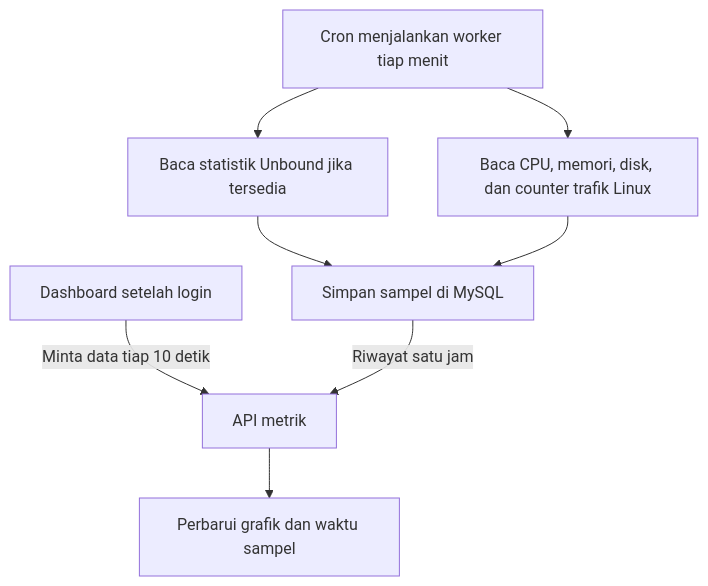
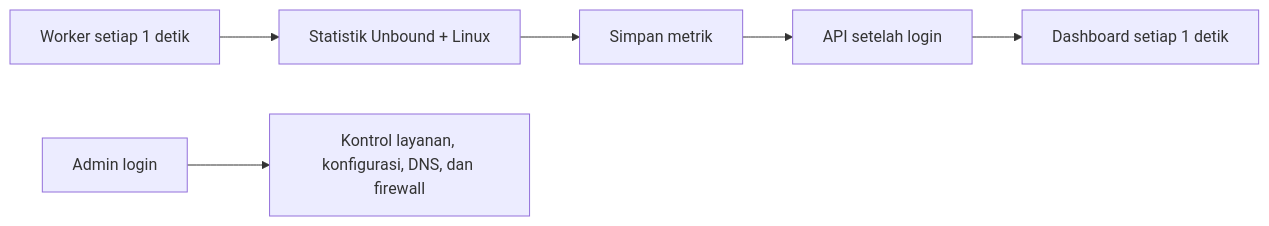
One commit to ekiguistian/Interaktif_Install-Unbound changed the second of 2 diagrams in README.md. Above: the diagram before and after it, drawn with Mermaid. The commit also changed other lines of this file and 20 other files, not shown here.

````diff
--- a/README.md
+++ b/README.md
@@ -150,10 +124,8 @@
 ```mermaid
-flowchart TD
-    A["Cron menjalankan worker tiap menit"] --> B["Baca statistik Unbound jika tersedia"]
-    A --> C["Baca CPU, memori, disk, dan counter trafik Linux"]
-    B --> D["Simpan sampel di MySQL"]
-    C --> D
-    E["Dashboard setelah login"] -->|"Minta data tiap 10 detik"| F["API metrik"]
-    D -->|"Riwayat satu jam"| F
-    F --> G["Perbarui grafik dan waktu sampel"]
+flowchart LR
+    A["Worker setiap 1 detik"] --> B["Statistik Unbound + Linux"]
+    B --> C["Simpan metrik"]
+    C --> D["API setelah login"]
+    D --> E["Dashboard setiap 1 detik"]
+    F["Admin login"] --> G["Kontrol layanan, konfigurasi, DNS, dan firewall"]
 ```
````
